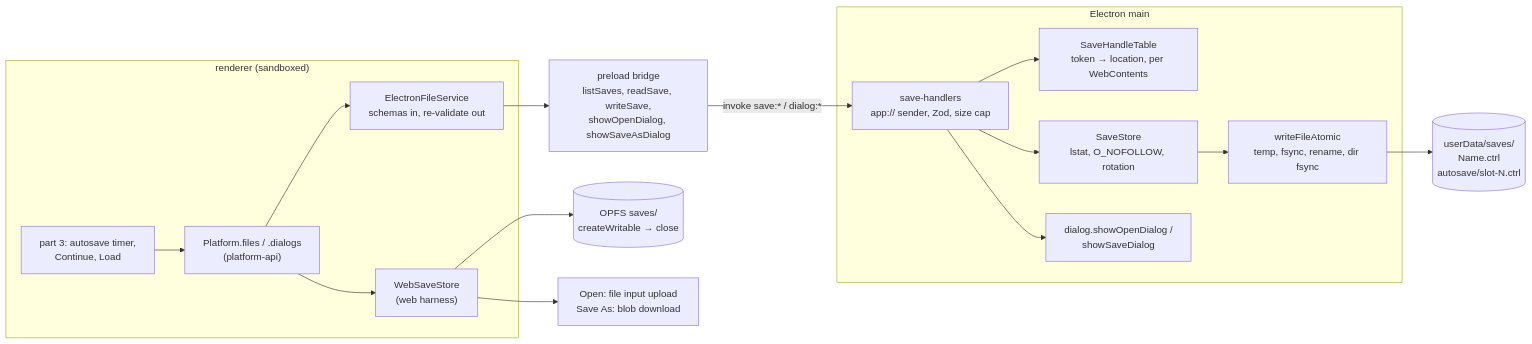
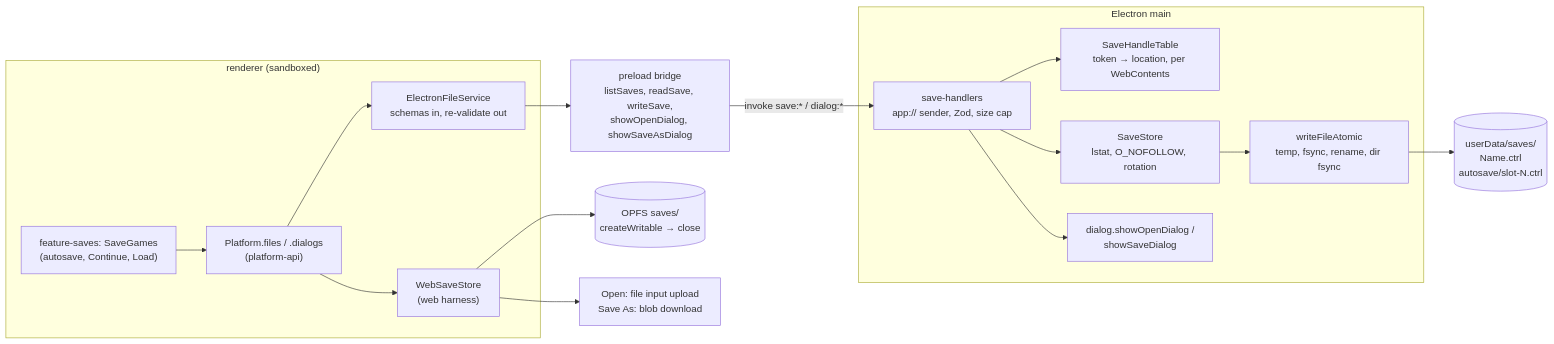
One commit to joebarbere/controls changed the seventh of 9 diagrams in docs/architecture/world-and-saves.md. Above: the diagram before and after it, drawn with Mermaid. The commit also changed other lines of this file and 56 other files, not shown here.

First line of the commit message:
feat(saves): F1.8b part 3, save and load through the session, autosave, Continue and Load (#24)

````diff
--- a/docs/architecture/world-and-saves.md
+++ b/docs/architecture/world-and-saves.md
@@ -233,19 +233,19 @@
 ```mermaid
 flowchart LR
     subgraph R["renderer (sandboxed)"]
-        UI["part 3: autosave timer,<br/>Continue, Load"] --> API["Platform.files / .dialogs<br/>(platform-api)"]
+        UI["feature-saves: SaveGames<br/>(autosave, Continue, Load)"] --> API["Platform.files / .dialogs<br/>(platform-api)"]
         API --> PE["ElectronFileService<br/>schemas in, re-validate out"]
         API --> PW["WebSaveStore<br/>(web harness)"]
     end
     PE --> PRE["preload bridge<br/>listSaves, readSave, writeSave,<br/>showOpenDialog, showSaveAsDialog"]
     PRE -->|"invoke save:* / dialog:*"| H
     subgraph M["Electron main"]
         H["save-handlers<br/>app:// sender, Zod, size cap"] --> T["SaveHandleTable<br/>token → location, per WebContents"]
         H --> S["SaveStore<br/>lstat, O_NOFOLLOW, rotation"]
         H --> D["dialog.showOpenDialog /<br/>showSaveDialog"]
         S --> AW["writeFileAtomic<br/>temp, fsync, rename, dir fsync"]
     end
     AW --> FS[("userData/saves/<br/>Name.ctrl<br/>autosave/slot-N.ctrl")]
     PW --> OPFS[("OPFS saves/<br/>createWritable → close")]
     PW --> DL["Open: file input upload<br/>Save As: blob download"]
 ```
````
